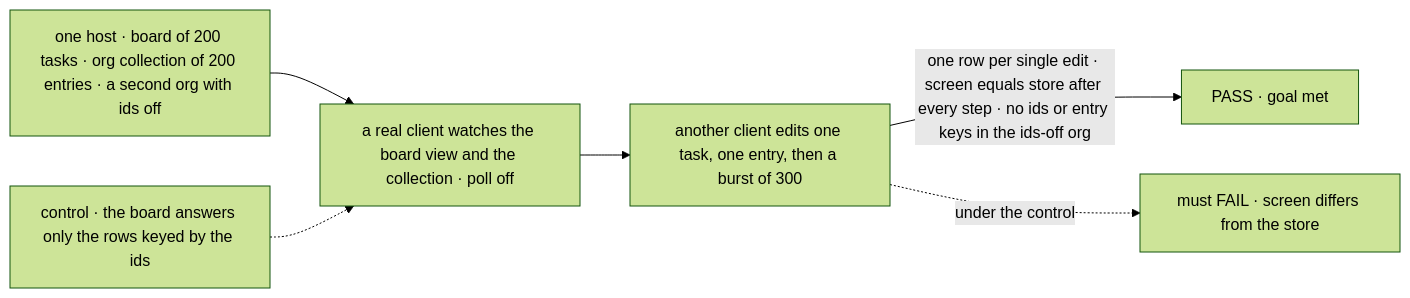
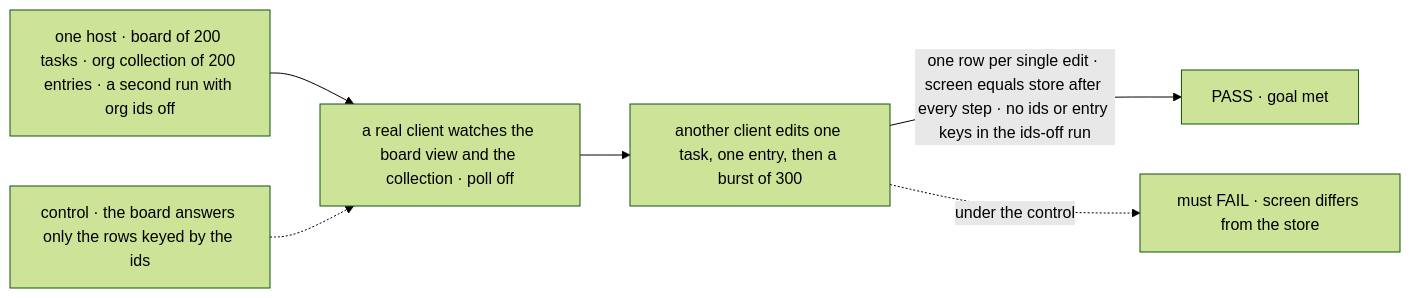
Before and after one commit to fixpoint-labs/flow-state-dev: the first of 2 diagrams in specs/issues/FIX-2625/SPEC.md, drawn with Mermaid (forest theme). The commit also changed other lines of this file, not shown here.

Commit message:
spec(FIX-2625): run the ids-off case as a second host run; D2 is per scope
Claude-Session: https://claude.ai/code/session_01NczDiGfuuX5mPxVeUwVXfa

````diff
--- a/specs/issues/FIX-2625/SPEC.md
+++ b/specs/issues/FIX-2625/SPEC.md
@@ -33,8 +33,8 @@
 ```mermaid
 flowchart LR
-  H["one host · board of 200 tasks · org collection of 200 entries · a second org with ids off"] --> W["a real client watches the board view and the collection · poll off"]
+  H["one host · board of 200 tasks · org collection of 200 entries · a second run with org ids off"] --> W["a real client watches the board view and the collection · poll off"]
   W --> X["another client edits one task, one entry, then a burst of 300"]
-  X -->|"one row per single edit · screen equals store after every step · no ids or entry keys in the ids-off org"| P["PASS · goal met"]
+  X -->|"one row per single edit · screen equals store after every step · no ids or entry keys in the ids-off run"| P["PASS · goal met"]
   C["control · the board answers only the rows keyed by the ids"] -.-> W
   X -.->|"under the control"| F["must FAIL · screen differs from the store"]
 ```
````
